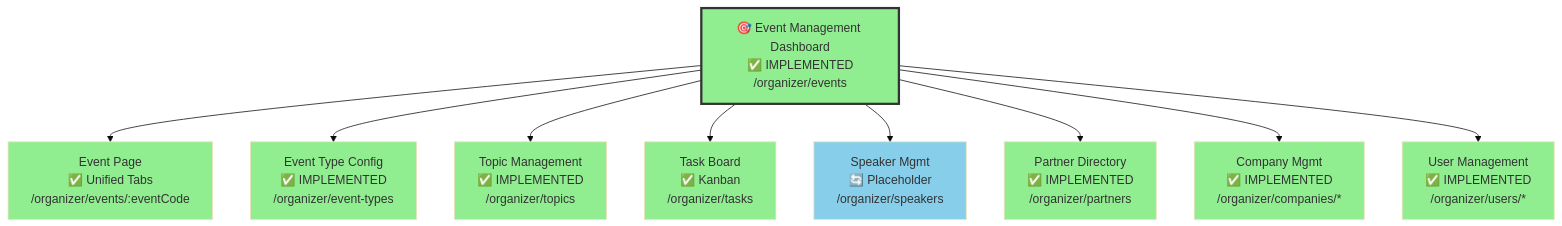
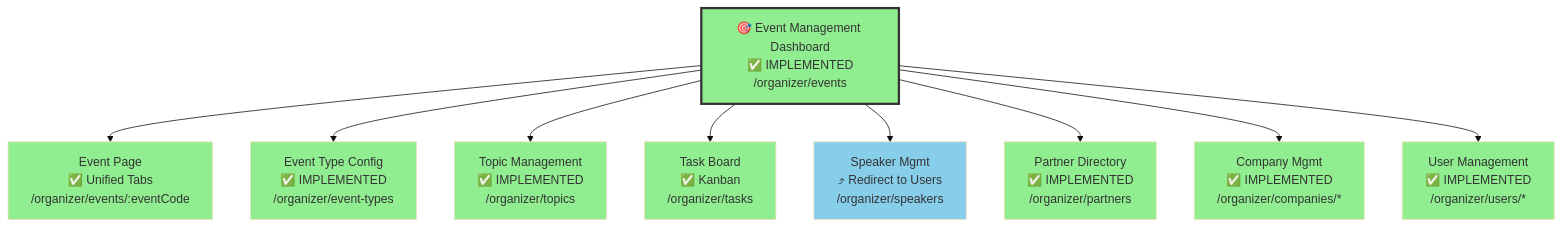
One commit to nissimbuchs/BATbern2 changed the fifth of 28 diagrams in docs/wireframes/sitemap-mermaid.md. Above: the diagram before and after it, drawn with Mermaid (base theme). The commit also changed 367 other files, not shown here.

````diff
--- a/docs/wireframes/sitemap-mermaid.md
+++ b/docs/wireframes/sitemap-mermaid.md
@@ -154,23 +154,23 @@
 ```mermaid
 graph TB
     Dashboard[🎯 Event Management Dashboard<br/>✅ IMPLEMENTED<br/>/organizer/events]
 
     Dashboard --> EventPage[Event Page<br/>✅ Unified Tabs<br/>/organizer/events/:eventCode]
     Dashboard --> EventTypes[Event Type Config<br/>✅ IMPLEMENTED<br/>/organizer/event-types]
     Dashboard --> Topics[Topic Management<br/>✅ IMPLEMENTED<br/>/organizer/topics]
     Dashboard --> Tasks[Task Board<br/>✅ Kanban<br/>/organizer/tasks]
-    Dashboard --> Speakers[Speaker Mgmt<br/>🔄 Placeholder<br/>/organizer/speakers]
+    Dashboard --> Speakers[Speaker Mgmt<br/>⤴ Redirect to Users<br/>/organizer/speakers]
     Dashboard --> Partners[Partner Directory<br/>✅ IMPLEMENTED<br/>/organizer/partners]
     Dashboard --> Companies[Company Mgmt<br/>✅ IMPLEMENTED<br/>/organizer/companies/*]
     Dashboard --> Users[User Management<br/>✅ IMPLEMENTED<br/>/organizer/users/*]
 
     style Dashboard fill:#90EE90,stroke:#333,stroke-width:3px
     style EventPage fill:#90EE90
     style EventTypes fill:#90EE90
     style Topics fill:#90EE90
     style Tasks fill:#90EE90
     style Speakers fill:#87CEEB
     style Partners fill:#90EE90
     style Companies fill:#90EE90
     style Users fill:#90EE90
 ```
````
